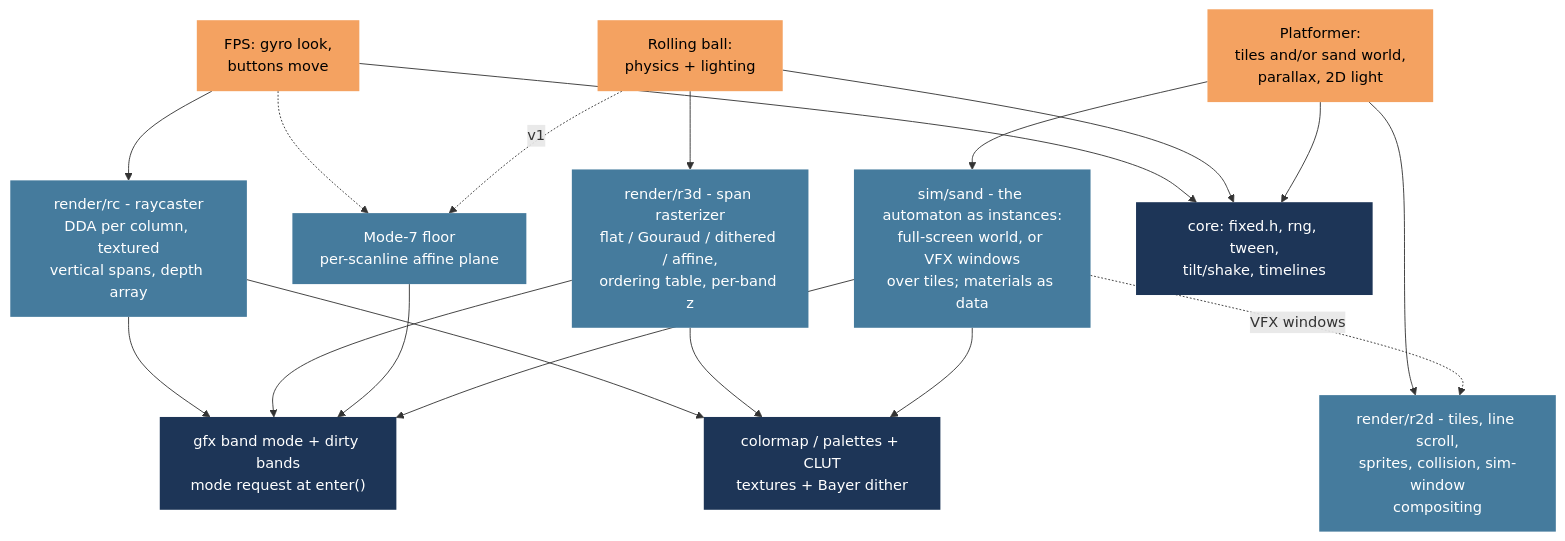
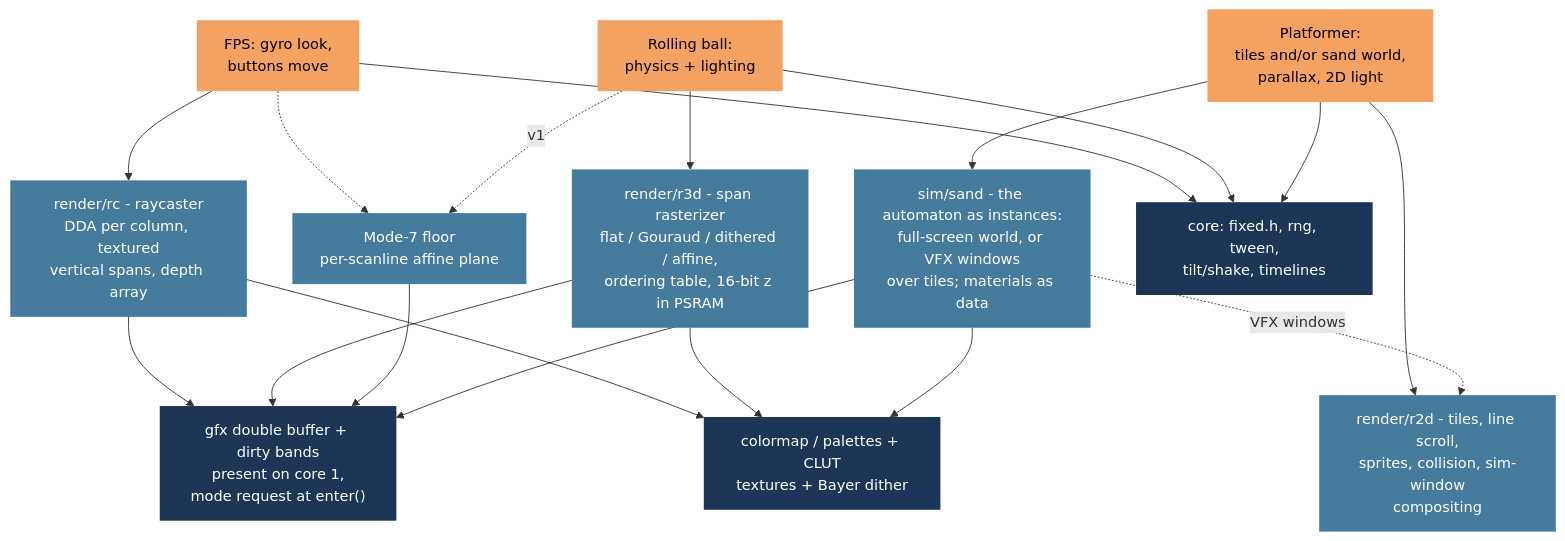
One commit to jose-villegas/autana changed the second of 2 diagrams in docs/Autana-Rendering-Roadmap.md. Above: the diagram before and after it, drawn with Mermaid. The commit also changed other lines of this file, not shown here.

First line of the commit message:
docs: the rendering roadmap is for the ESP32-S3

````diff
--- a/docs/Autana-Rendering-Roadmap.md
+++ b/docs/Autana-Rendering-Roadmap.md
@@ -125,38 +142,38 @@
 ```mermaid
 flowchart TB
   classDef game fill:#f4a261,color:#000,stroke:none
   classDef r fill:#457b9d,color:#fff,stroke:none
   classDef core fill:#1d3557,color:#fff,stroke:none
 
   FPS["FPS: gyro look,<br/>buttons move"]:::game
   BALL["Rolling ball:<br/>physics + lighting"]:::game
   PLAT["Platformer:<br/>tiles and/or sand world,<br/>parallax, 2D light"]:::game
 
   RC["render/rc - raycaster<br/>DDA per column, textured<br/>vertical spans, depth array"]:::r
-  R3D["render/r3d - span rasterizer<br/>flat / Gouraud / dithered / affine,<br/>ordering table, per-band z"]:::r
+  R3D["render/r3d - span rasterizer<br/>flat / Gouraud / dithered / affine,<br/>ordering table, 16-bit z in PSRAM"]:::r
   M7["Mode-7 floor<br/>per-scanline affine plane"]:::r
   SPR["render/r2d - tiles, line scroll,<br/>sprites, collision, sim-window<br/>compositing"]:::r
   SIM["sim/sand - the automaton as instances:<br/>full-screen world, or VFX windows<br/>over tiles; materials as data"]:::r
 
-  GFX["gfx band mode + dirty bands<br/>mode request at enter()"]:::core
+  GFX["gfx double buffer + dirty bands<br/>present on core 1,<br/>mode request at enter()"]:::core
   CM["colormap / palettes + CLUT<br/>textures + Bayer dither"]:::core
   FX["core: fixed.h, rng, tween,<br/>tilt/shake, timelines"]:::core
 
   FPS --> RC
   FPS -.-> M7
   BALL --> R3D
   BALL -.->|v1| M7
   PLAT --> SPR
   PLAT --> SIM
   SIM -.->|VFX windows| SPR
   RC --> GFX
   R3D --> GFX
   M7 --> GFX
   SIM --> GFX
   RC --> CM
   R3D --> CM
   SIM --> CM
   FPS --> FX
   BALL --> FX
   PLAT --> FX
 ```
````
